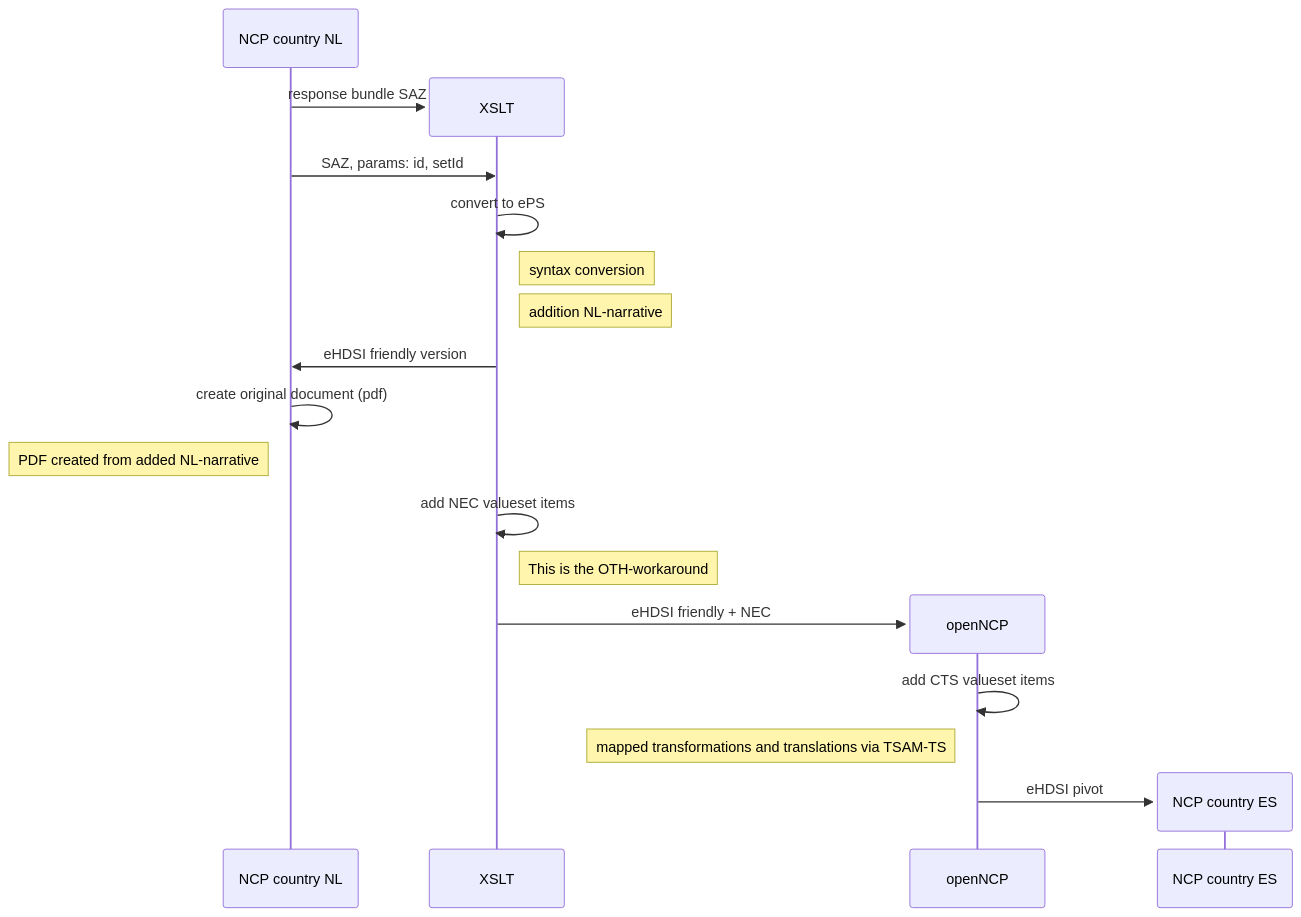
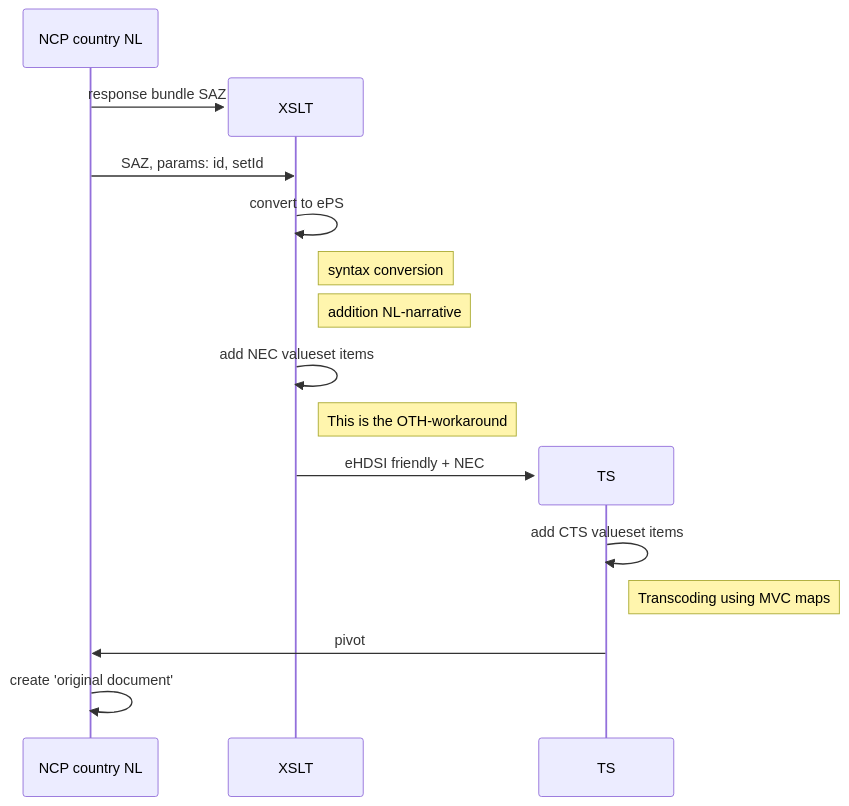
The diagram in plaatjes.md (Duometis/overbrugging), drawn with Mermaid before and after one commit.

````diff
--- a/plaatjes.md
+++ b/plaatjes.md
@@ -3,29 +3,27 @@
 ```mermaid
 sequenceDiagram
 
-  participant A as NCP country NL
+participant A as NCP country NL
  
 create participant XSLT
 
  
     A->>XSLT: response bundle SAZ
 
     A->>XSLT: SAZ, params: id, setId
   
     XSLT->>XSLT: convert to ePS
 Note right of XSLT: syntax conversion
 Note right of XSLT: addition NL-narrative
-
-    XSLT->>A: eHDSI friendly version
-    A->>A: create original document (pdf)
-Note left of A: PDF created from added NL-narrative
     XSLT->>XSLT: add NEC valueset items
 Note right of XSLT: This is the OTH-workaround
-  create participant openNCP
-    XSLT->>openNCP: eHDSI friendly + NEC 
-   openNCP->>openNCP: add CTS valueset items
-Note left of openNCP: mapped transformations and translations via TSAM-TS
-create participant NCP country ES
-    openNCP->> NCP country ES: eHDSI pivot
+  create participant TS
+    XSLT->>TS : eHDSI friendly + NEC 
+   TS->>TS: add CTS valueset items
+Note right of TS: Transcoding using MVC maps
+    TS->>A: pivot
+
+A->>A: create 'original document'
+
 
 ```
````
